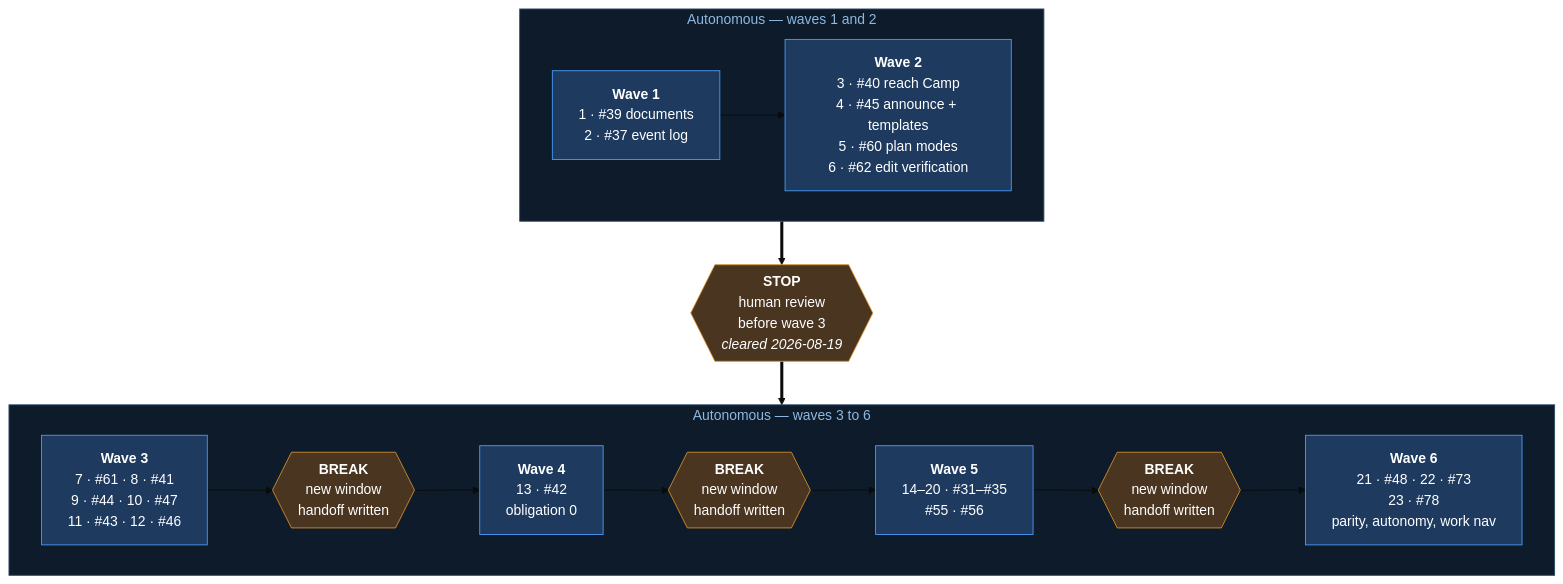
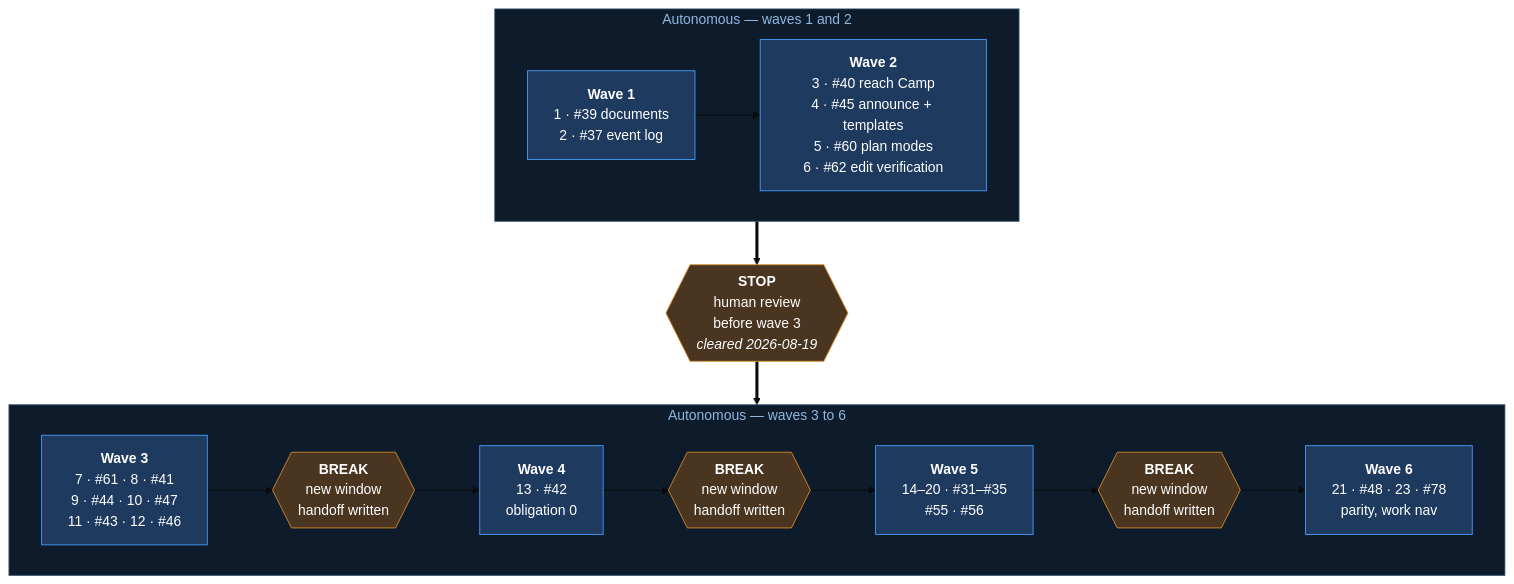
The third of 3 diagrams in docs/arc-log/arc-03-camp.md (Calyx-Engineering/arc), drawn with Mermaid (base theme) before and after one commit. The commit also changed other lines of this file, not shown here.

````diff
--- a/docs/arc-log/arc-03-camp.md
+++ b/docs/arc-log/arc-03-camp.md
@@ -161,24 +161,24 @@
 ```mermaid
 flowchart TB
     subgraph A[" Autonomous — waves 1 and 2 "]
         direction LR
         W1["<b>Wave 1</b><br/>1 · #39 documents<br/>2 · #37 event log"] --> W2["<b>Wave 2</b><br/>3 · #40 reach Camp<br/>4 · #45 announce + templates<br/>5 · #60 plan modes<br/>6 · #62 edit verification"]
     end
     A ==> STOP{{"<b>STOP</b><br/>human review<br/>before wave 3<br/><i>cleared 2026-08-19</i>"}}
     subgraph B[" Autonomous — waves 3 to 6 "]
         direction LR
         W3["<b>Wave 3</b><br/>7 · #61 · 8 · #41<br/>9 · #44 · 10 · #47<br/>11 · #43 · 12 · #46"] --> BR3{{"<b>BREAK</b><br/>new window<br/>handoff written"}}
         BR3 --> W4["<b>Wave 4</b><br/>13 · #42<br/>obligation 0"]
         W4 --> BR4{{"<b>BREAK</b><br/>new window<br/>handoff written"}}
         BR4 --> W5["<b>Wave 5</b><br/>14–20 · #31–#35<br/>#55 · #56"]
         W5 --> BR5{{"<b>BREAK</b><br/>new window<br/>handoff written"}}
-        BR5 --> W6["<b>Wave 6</b><br/>21 · #48 · 22 · #73<br/>23 · #78<br/>parity, autonomy, work nav"]
+        BR5 --> W6["<b>Wave 6</b><br/>21 · #48 · 23 · #78<br/>parity, work nav"]
     end
     STOP ==> B
     classDef n fill:#1e3a5f,stroke:#4a9eff,color:#fff
     classDef s fill:#4a3520,stroke:#d98f2b,color:#fff
     class W1,W2,W3,W4,W5,W6 n
     class STOP,BR3,BR4,BR5 s
     style A fill:#0d1b2a,stroke:#2c4a6b,color:#8fb8e0
     style B fill:#0d1b2a,stroke:#2c4a6b,color:#8fb8e0
 ```
````
